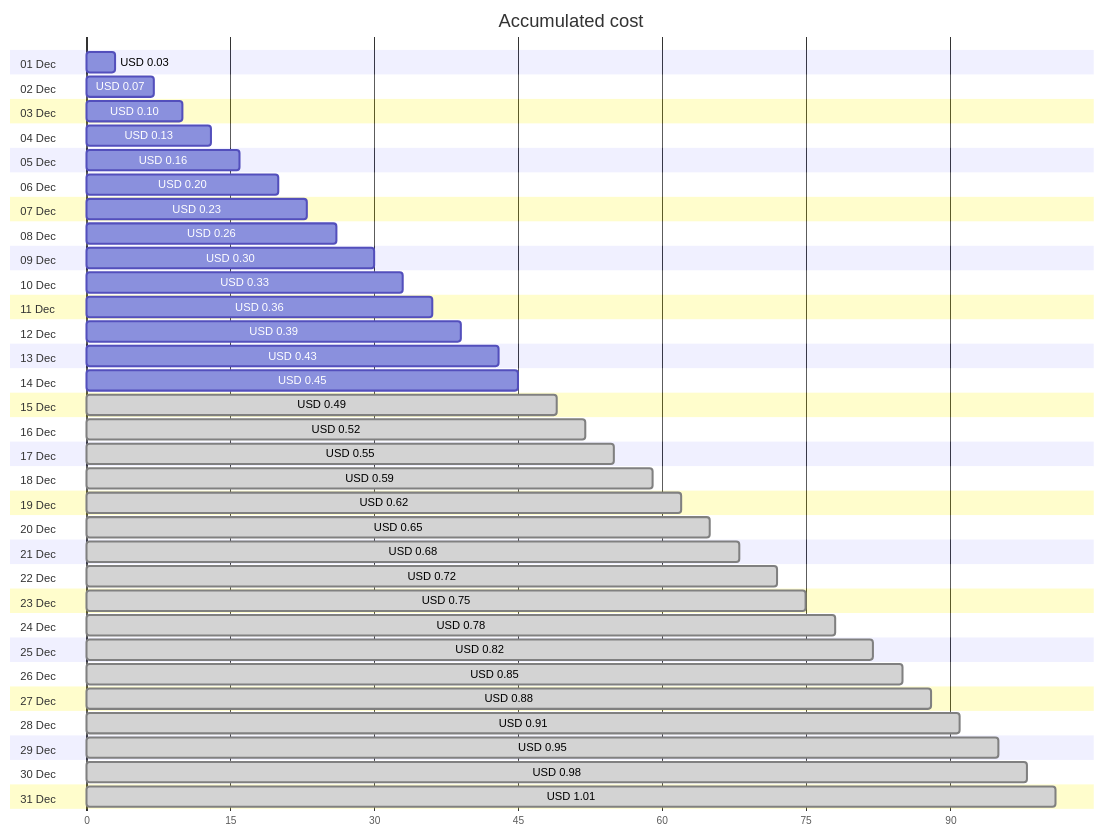
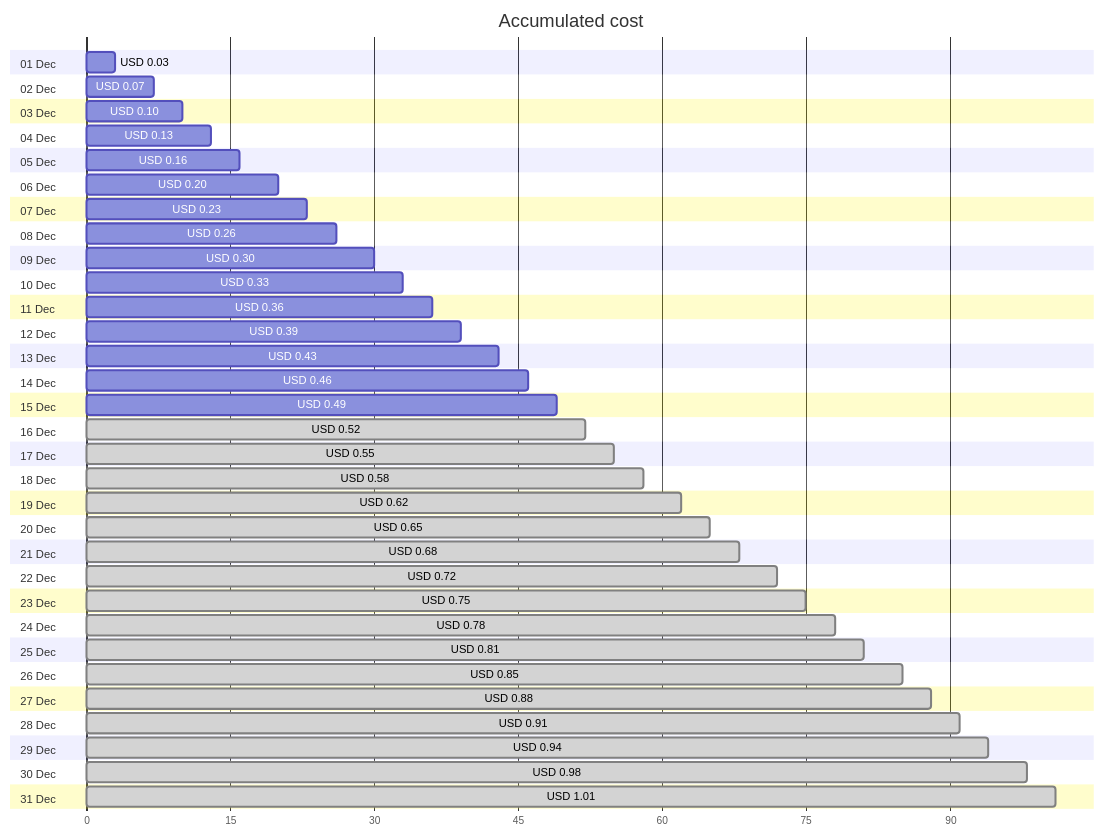
One commit to jpfulton/azure-personal-reports changed the first of 4 diagrams in cost-reports/personal-dns/README.md. Above: the diagram before and after it, drawn with Mermaid. The commit also changed other lines of this file and 2 other files, not shown here.

````diff
--- a/cost-reports/personal-dns/README.md
+++ b/cost-reports/personal-dns/README.md
@@ -20,68 +20,68 @@
 ```mermaid
 gantt
    title Accumulated cost
    dateFormat  X
    axisFormat %s
    section 01 Dec
    USD 0.03 :0, 3
    section 02 Dec
    USD 0.07 :0, 7
    section 03 Dec
    USD 0.10 :0, 10
    section 04 Dec
    USD 0.13 :0, 13
    section 05 Dec
    USD 0.16 :0, 16
    section 06 Dec
    USD 0.20 :0, 20
    section 07 Dec
    USD 0.23 :0, 23
    section 08 Dec
    USD 0.26 :0, 26
    section 09 Dec
    USD 0.30 :0, 30
    section 10 Dec
    USD 0.33 :0, 33
    section 11 Dec
    USD 0.36 :0, 36
    section 12 Dec
    USD 0.39 :0, 39
    section 13 Dec
    USD 0.43 :0, 43
    section 14 Dec
-   USD 0.45 :0, 45
+   USD 0.46 :0, 46
    section 15 Dec
-   USD 0.49 : done, 0, 49
+   USD 0.49 :0, 49
    section 16 Dec
    USD 0.52 : done, 0, 52
    section 17 Dec
    USD 0.55 : done, 0, 55
    section 18 Dec
-   USD 0.59 : done, 0, 59
+   USD 0.58 : done, 0, 58
    section 19 Dec
    USD 0.62 : done, 0, 62
    section 20 Dec
    USD 0.65 : done, 0, 65
    section 21 Dec
    USD 0.68 : done, 0, 68
    section 22 Dec
    USD 0.72 : done, 0, 72
    section 23 Dec
    USD 0.75 : done, 0, 75
    section 24 Dec
    USD 0.78 : done, 0, 78
    section 25 Dec
-   USD 0.82 : done, 0, 82
+   USD 0.81 : done, 0, 81
    section 26 Dec
    USD 0.85 : done, 0, 85
    section 27 Dec
    USD 0.88 : done, 0, 88
    section 28 Dec
    USD 0.91 : done, 0, 91
    section 29 Dec
-   USD 0.95 : done, 0, 95
+   USD 0.94 : done, 0, 94
    section 30 Dec
    USD 0.98 : done, 0, 98
    section 31 Dec
    USD 1.01 : done, 0, 101
 ```
````
